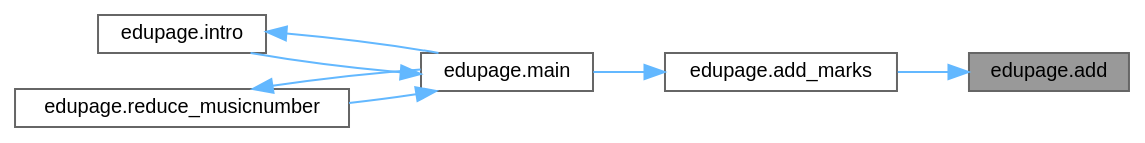
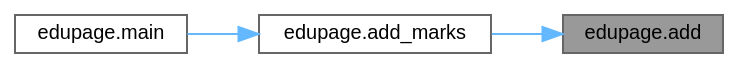
One commit to GrenManSK/ZnamE changed the diagram in rtf/d0/d52/namespaceedupage_af8155c1c90674d76615b11b6d0c5c8ba_icgraph.dot. Above: the diagram before and after it, drawn with Graphviz. The commit also changed 422 other files, not shown here.

```diff
--- a/rtf/d0/d52/namespaceedupage_af8155c1c90674d76615b11b6d0c5c8ba_icgraph.dot
+++ b/rtf/d0/d52/namespaceedupage_af8155c1c90674d76615b11b6d0c5c8ba_icgraph.dot
@@ -1,19 +1,13 @@
 digraph "edupage.add"
 {
  // LATEX_PDF_SIZE
   bgcolor="transparent";
   edge [fontname=Helvetica,fontsize=10,labelfontname=Helvetica,labelfontsize=10];
   node [fontname=Helvetica,fontsize=10,shape=box,height=0.2,width=0.4];
   rankdir="RL";
   Node1 [label="edupage.add",height=0.2,width=0.4,color="gray40", fillcolor="grey60", style="filled", fontcolor="black",tooltip=" "];
   Node1 -> Node2 [dir="back",color="steelblue1",style="solid"];
-  Node2 [label="edupage.add_marks",height=0.2,width=0.4,color="grey40", fillcolor="white", style="filled",URL="$d0/d52/namespaceedupage.html#a21f2f303ad4d1e33a43bd2b8207130a4",tooltip=" "];
+  Node2 [label="edupage.add_marks",height=0.2,width=0.4,color="grey40", fillcolor="white", style="filled",URL="$d0/d52/namespaceedupage.html#a9d8a9e9e0972b929f85d5e9bdb2b0107",tooltip=" "];
   Node2 -> Node3 [dir="back",color="steelblue1",style="solid"];
   Node3 [label="edupage.main",height=0.2,width=0.4,color="grey40", fillcolor="white", style="filled",URL="$d0/d52/namespaceedupage.html#a187508ee0d9f19d584a130cc5cba0c27",tooltip=" "];
-  Node3 -> Node4 [dir="back",color="steelblue1",style="solid"];
-  Node4 [label="edupage.intro",height=0.2,width=0.4,color="grey40", fillcolor="white", style="filled",URL="$d0/d52/namespaceedupage.html#a316dc71e49505324d14deee19eccd566",tooltip=" "];
-  Node4 -> Node3 [dir="back",color="steelblue1",style="solid"];
-  Node3 -> Node5 [dir="back",color="steelblue1",style="solid"];
-  Node5 [label="edupage.reduce_musicnumber",height=0.2,width=0.4,color="grey40", fillcolor="white", style="filled",URL="$d0/d52/namespaceedupage.html#a11c2d421fc103b70ae07e919a3929cd8",tooltip=" "];
-  Node5 -> Node3 [dir="back",color="steelblue1",style="solid"];
 }
```
